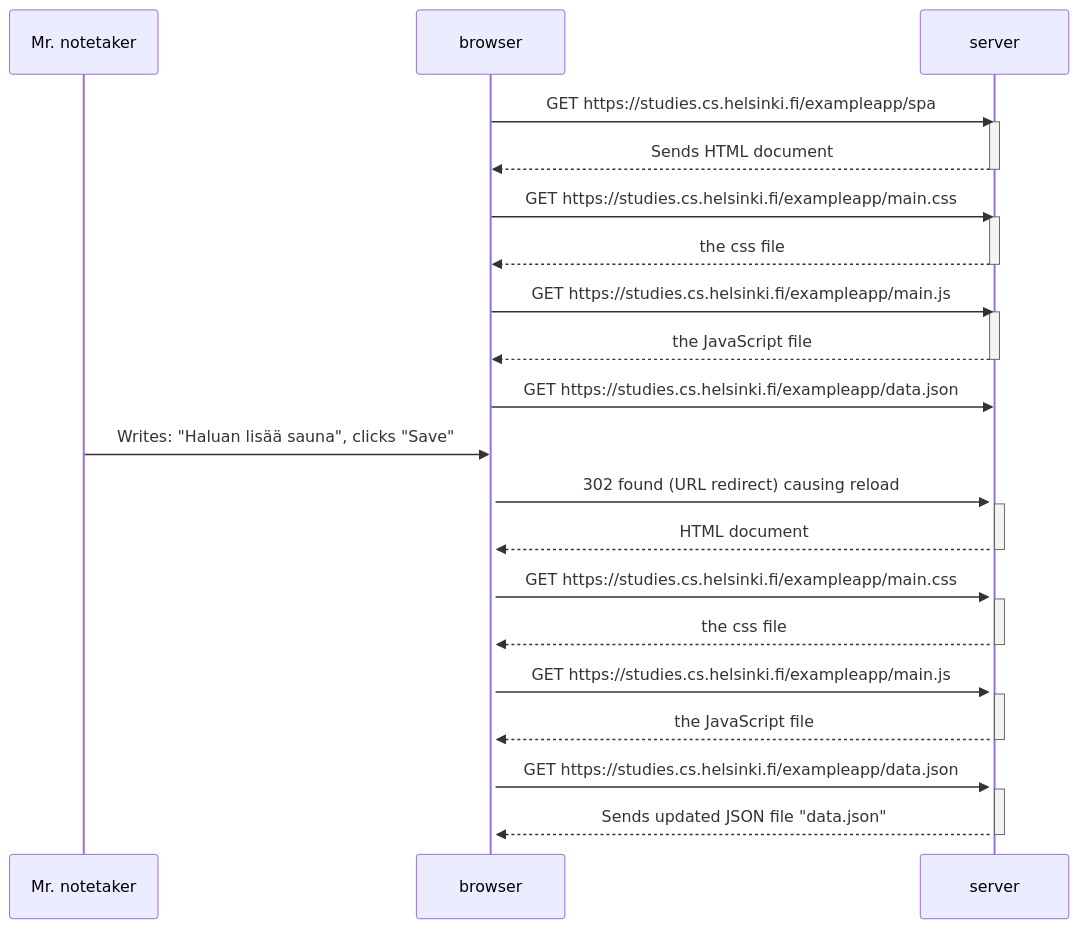
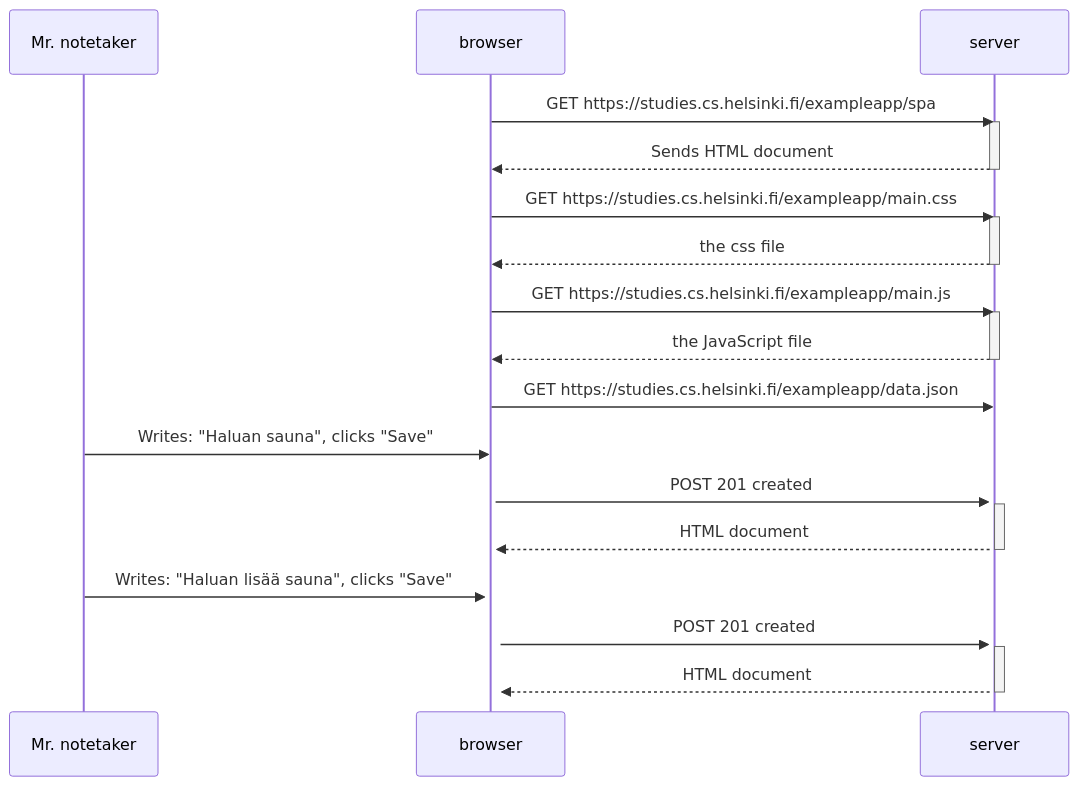
The diagram in part0/0.5 diagram.md (haavardmk/fullstackopen), drawn with Mermaid before and after one commit.

Commit message:
Update 0.5 diagram.md

````diff
--- a/part0/0.5 diagram.md
+++ b/part0/0.5 diagram.md
@@ -1,48 +1,41 @@
 ```mermaid
 sequenceDiagram
     participant Mr. notetaker
     participant browser
     participant server
 
     browser->>server: GET https://studies.cs.helsinki.fi/exampleapp/spa
     activate server
     server-->>browser: Sends HTML document
     deactivate server
 
     browser->>server: GET https://studies.cs.helsinki.fi/exampleapp/main.css
     activate server
     server-->>browser: the css file
     deactivate server
 
     browser->>server: GET https://studies.cs.helsinki.fi/exampleapp/main.js
     activate server
     server-->>browser: the JavaScript file
     deactivate server
 
     browser->>server: GET https://studies.cs.helsinki.fi/exampleapp/data.json
     activate server
 
-    Mr. notetaker->>browser: Writes: "Haluan lisää sauna", clicks "Save"
+    Mr. notetaker->>browser: Writes: "Haluan sauna", clicks "Save"
     activate browser
-    browser->>server: 302 found (URL redirect) causing reload
+    browser->>server: POST 201 created
     activate server
     server-->>browser: HTML document
     deactivate server
 
-    browser->>server: GET https://studies.cs.helsinki.fi/exampleapp/main.css
+    Mr. notetaker->>browser: Writes: "Haluan lisää sauna", clicks "Save"
+    activate browser
+    browser->>server: POST 201 created
     activate server
-    server-->>browser: the css file
-    deactivate server
-
-    browser->>server: GET https://studies.cs.helsinki.fi/exampleapp/main.js
-    activate server
-    server-->>browser: the JavaScript file
+    server-->>browser: HTML document
     deactivate server
 
 
-    browser->>server: GET https://studies.cs.helsinki.fi/exampleapp/data.json
-    activate server
-    server-->>browser: Sends updated JSON file "data.json"
-    deactivate server
 
 ```
````
